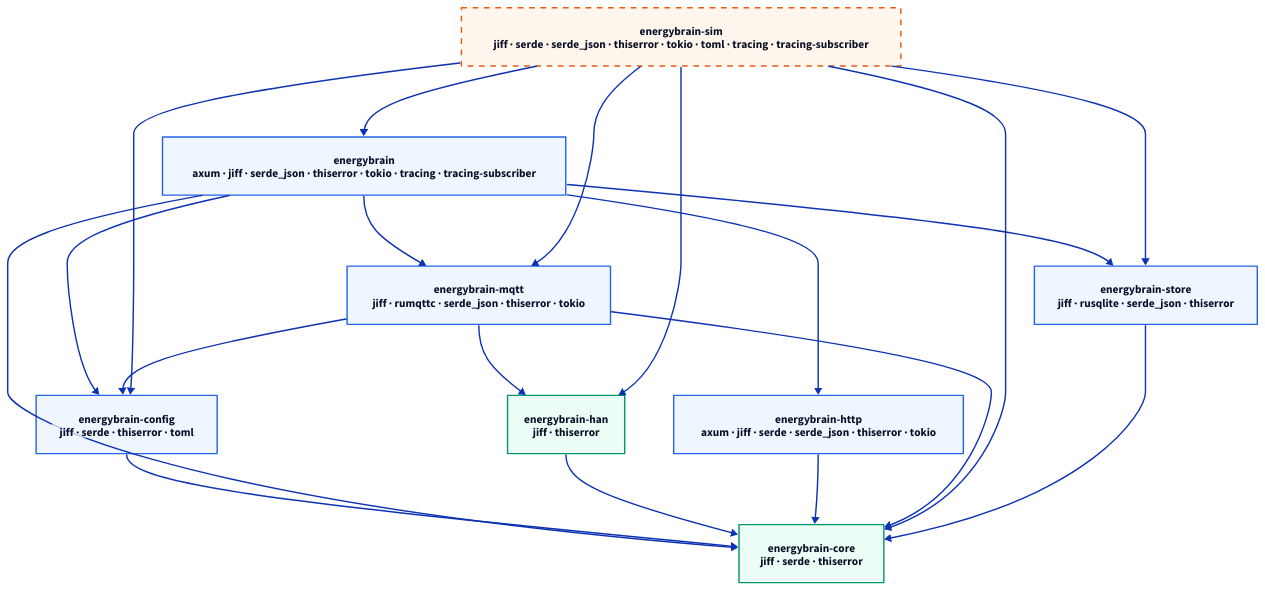
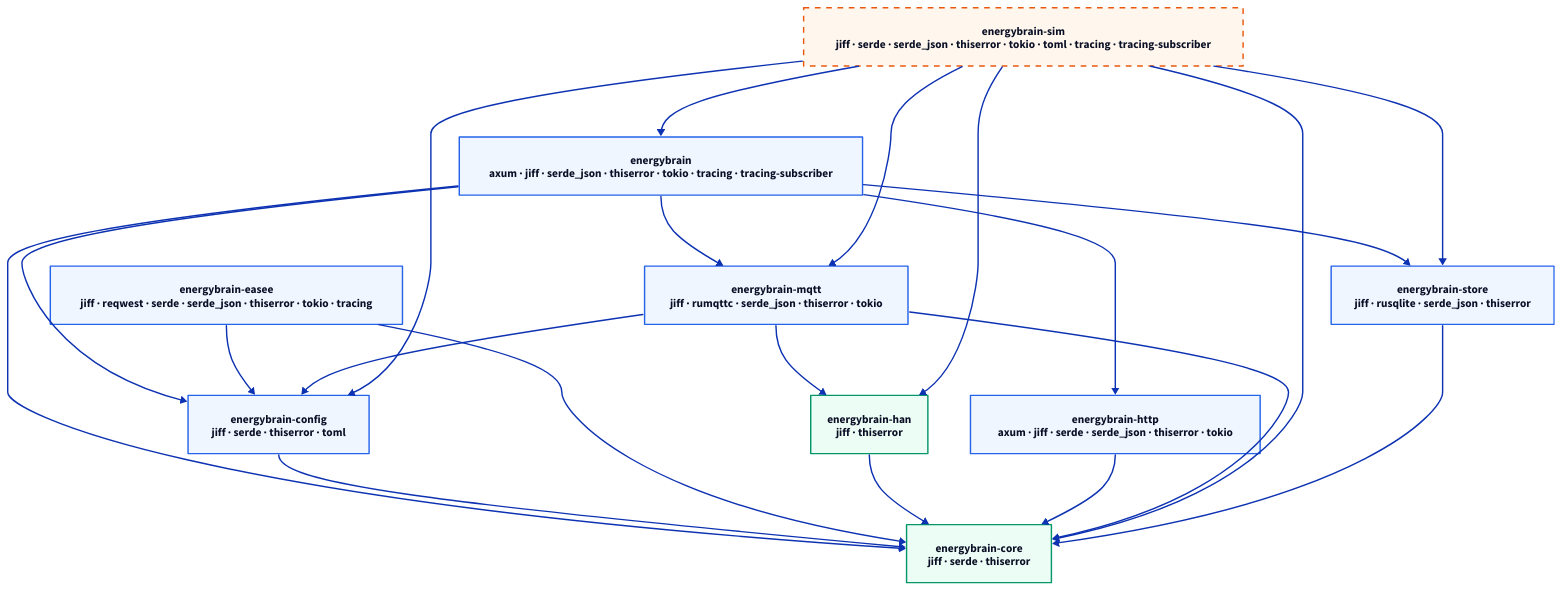
One commit to bendiksolheim/energybrain changed the diagram in docs/architecture/crates.d2. Above: the diagram before and after it, drawn with D2. The commit also changed 16 other files, not shown here.

First line of the commit message:
E3: energybrain-easee adapter and the [ev] config section (PLAN.md §9)

```diff
--- a/docs/architecture/crates.d2
+++ b/docs/architecture/crates.d2
@@ -1,38 +1,41 @@
 # GENERATED by scripts/arch-crates.sh from `cargo metadata`; run `just arch`, do not edit.
 # Solid: normal dependency. Dashed: dev-dependency only. Box text: external dependencies.
 
 direction: down
 
 classes: {
   pure: {style: {fill: "#ecfdf5"; stroke: "#059669"}}
   io: {style: {fill: "#eff6ff"; stroke: "#2563eb"}}
   dev: {style: {fill: "#fff7ed"; stroke: "#ea580c"; stroke-dash: 4}}
 }
 
 app: "energybrain\naxum · jiff · serde_json · thiserror · tokio · tracing · tracing-subscriber" {class: io}
 config: "energybrain-config\njiff · serde · thiserror · toml" {class: io}
 core: "energybrain-core\njiff · serde · thiserror" {class: pure}
+easee: "energybrain-easee\njiff · reqwest · serde · serde_json · thiserror · tokio · tracing" {class: io}
 han: "energybrain-han\njiff · thiserror" {class: pure}
 http: "energybrain-http\naxum · jiff · serde · serde_json · thiserror · tokio" {class: io}
 mqtt: "energybrain-mqtt\njiff · rumqttc · serde_json · thiserror · tokio" {class: io}
 sim: "energybrain-sim\njiff · serde · serde_json · thiserror · tokio · toml · tracing · tracing-subscriber" {class: dev}
 store: "energybrain-store\njiff · rusqlite · serde_json · thiserror" {class: io}
 
 app -> config
 app -> core
 app -> http
 app -> mqtt
 app -> store
 config -> core
+easee -> config
+easee -> core
 han -> core
 http -> core
 mqtt -> config
 mqtt -> core
 mqtt -> han
 sim -> app
 sim -> config
 sim -> core
 sim -> han
 sim -> mqtt
 sim -> store
 store -> core
```
